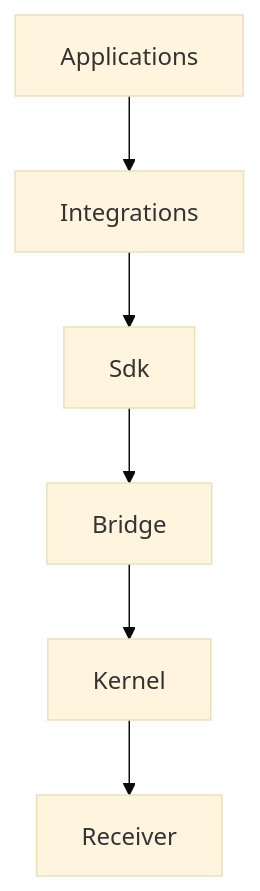
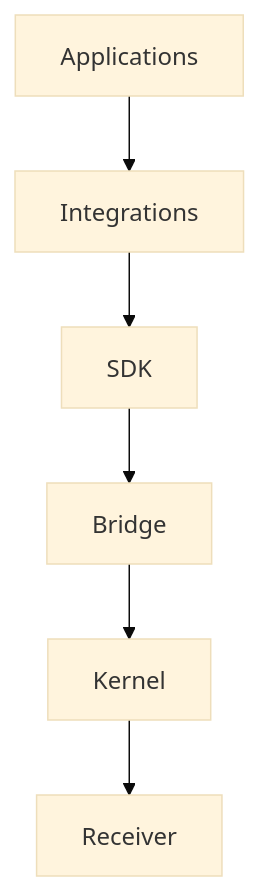
One commit to offalexjackson777-stack/hyperflux-next changed the diagram in docs/generated/architecture.md. Above: the diagram before and after it, drawn with Mermaid (base theme). The commit also changed other lines of this file and 396 other files, not shown here.

````diff
--- a/docs/generated/architecture.md
+++ b/docs/generated/architecture.md
@@ -9,14 +11,14 @@
 ```mermaid
 flowchart TB
     applications["Applications"]
     integrations["Integrations"]
-    sdk["Sdk"]
+    sdk["SDK"]
     bridge["Bridge"]
     kernel["Kernel"]
     receiver["Receiver"]
     applications --> integrations
     integrations --> sdk
     sdk --> bridge
     bridge --> kernel
     kernel --> receiver
 ```
````
